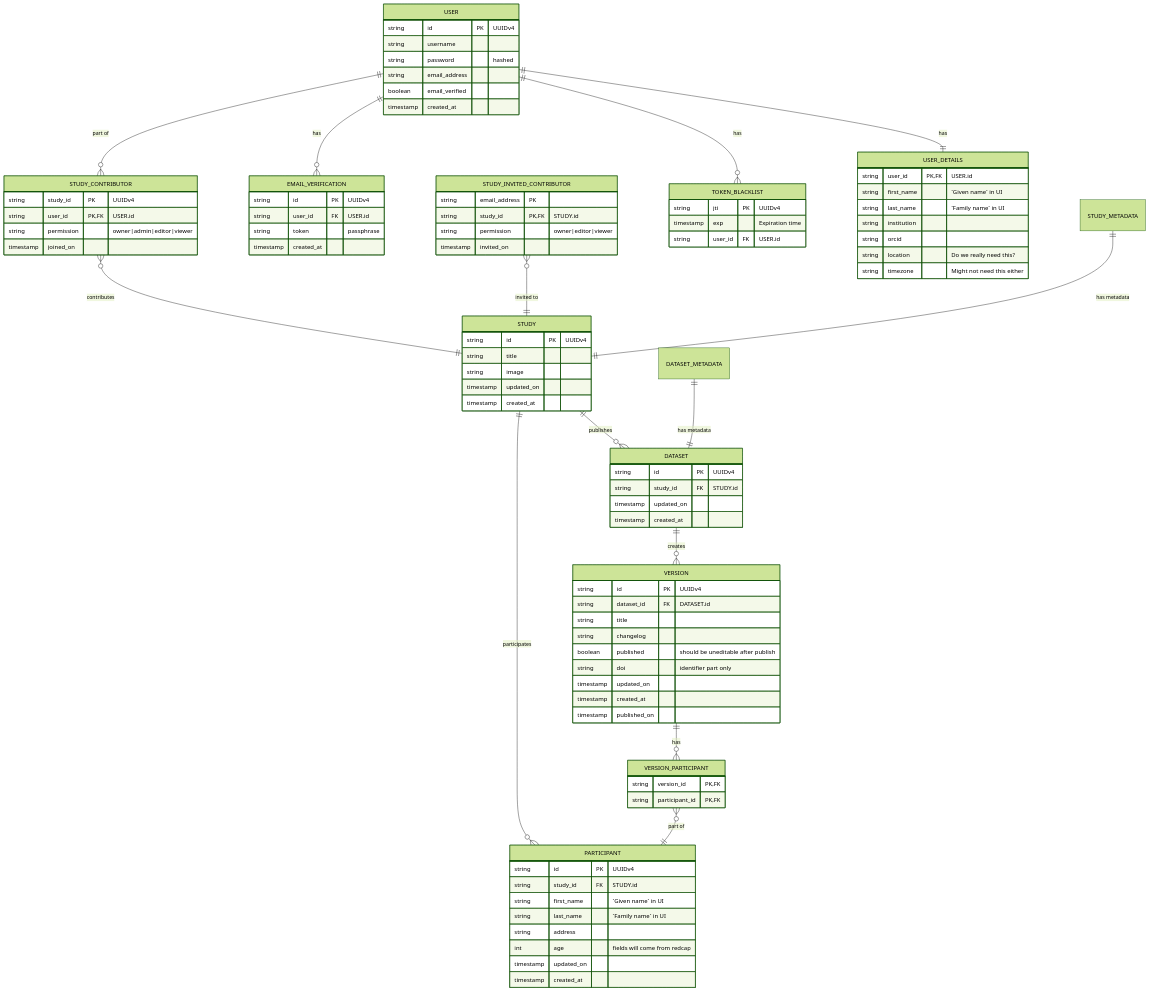
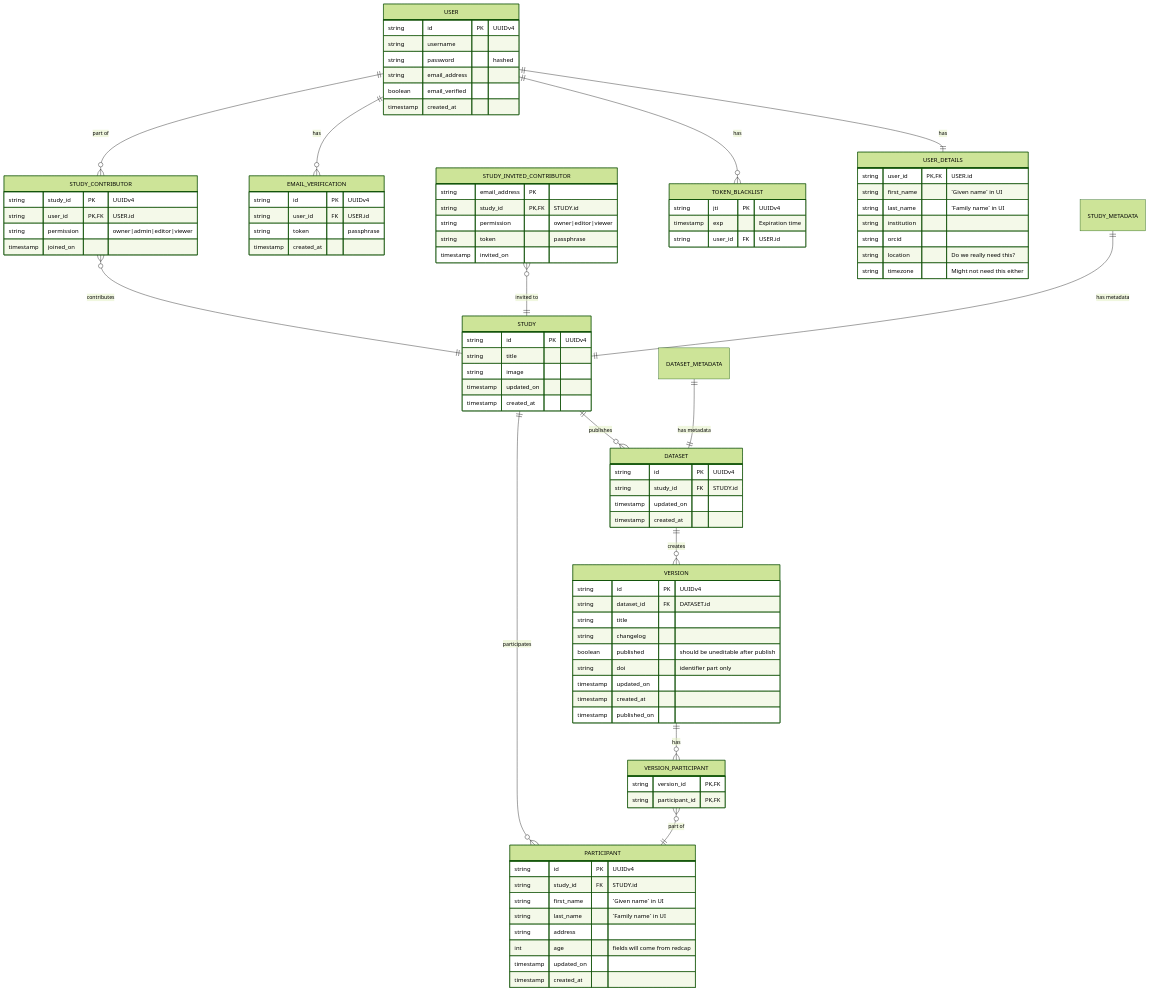
One commit to AI-READI/fairhub-app changed the diagram in mermaid/mmd/er.mmd. Above: the diagram before and after it, drawn with Mermaid (forest theme). The commit also changed 1 other file, not shown here.

Commit message:
chore: 🔨 add token to invited_contributor

```diff
--- a/mermaid/mmd/er.mmd
+++ b/mermaid/mmd/er.mmd
@@ -1,110 +1,111 @@
 erDiagram
     STUDY {
         string id PK "UUIDv4"
         string title
         string image
         timestamp updated_on
         timestamp created_at
     }
 
     USER {
         string id PK "UUIDv4"
         string username
         string password "hashed"
         string email_address
         boolean email_verified 
         timestamp created_at
     }
 
     USER_DETAILS {
         string user_id PK,FK "USER.id"
         string first_name "`Given name` in UI"
         string last_name "`Family name` in UI"
         string institution
         string orcid
         string location "Do we really need this?"
         string timezone "Might not need this either"
     }
 
     STUDY_CONTRIBUTOR {
         string study_id PK "UUIDv4"
         string user_id PK,FK "USER.id"
         string permission "owner|admin|editor|viewer"
         timestamp joined_on
     }
 
     STUDY_INVITED_CONTRIBUTOR {
         string email_address PK
         string study_id PK,FK "STUDY.id"
         string permission "owner|editor|viewer"
+        string token "passphrase"
         timestamp invited_on
     }
 
     PARTICIPANT {
         string id PK "UUIDv4"
         string study_id FK "STUDY.id"
         string first_name "`Given name` in UI"
         string last_name "`Family name` in UI"
         string address
         int age "fields will come from redcap"
         timestamp updated_on
         timestamp created_at
     }
 
     DATASET {
         string id PK "UUIDv4"
         string study_id FK "STUDY.id"
         timestamp updated_on
         timestamp created_at
     }
 
     VERSION {
         string id PK "UUIDv4"
         string dataset_id FK "DATASET.id"
         string title
         string changelog
         boolean published "should be uneditable after publish"
         string doi "identifier part only"
         timestamp updated_on
         timestamp created_at
         timestamp published_on
     }
 
      VERSION_PARTICIPANT {
         string version_id PK,FK
         string participant_id PK,FK
     }
 
     TOKEN_BLACKLIST {
         string jti PK "UUIDv4"
         timestamp exp "Expiration time"
         string user_id FK "USER.id"
     }
 
     EMAIL_VERIFICATION {
         string id PK "UUIDv4"
         string user_id FK "USER.id"
         string token "passphrase"
         timestamp created_at
     }
 
 
     STUDY_CONTRIBUTOR }o--|| STUDY : contributes
     STUDY_INVITED_CONTRIBUTOR }o--|| STUDY : "invited to"
     STUDY_METADATA ||--|| STUDY : "has metadata"
 
     STUDY ||--o{ DATASET : publishes
 
     DATASET_METADATA ||--|| DATASET : "has metadata"
 
     DATASET ||--o{ VERSION : creates
 
     USER ||--|| USER_DETAILS : "has"
     USER ||--o{ TOKEN_BLACKLIST : "has"
 
     USER ||--o{ EMAIL_VERIFICATION : "has"
 
     USER ||--o{ STUDY_CONTRIBUTOR : "part of"
     PARTICIPANT }o--|| STUDY : participates
     VERSION ||--o{ VERSION_PARTICIPANT : has
     VERSION_PARTICIPANT }o--|| PARTICIPANT : "part of"
```
